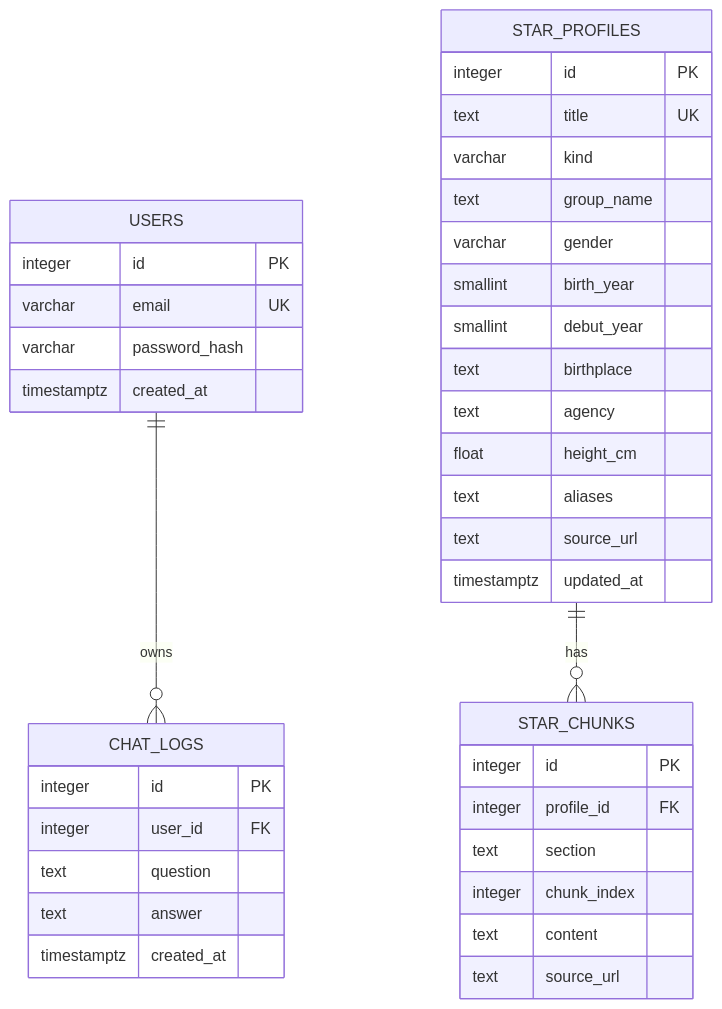
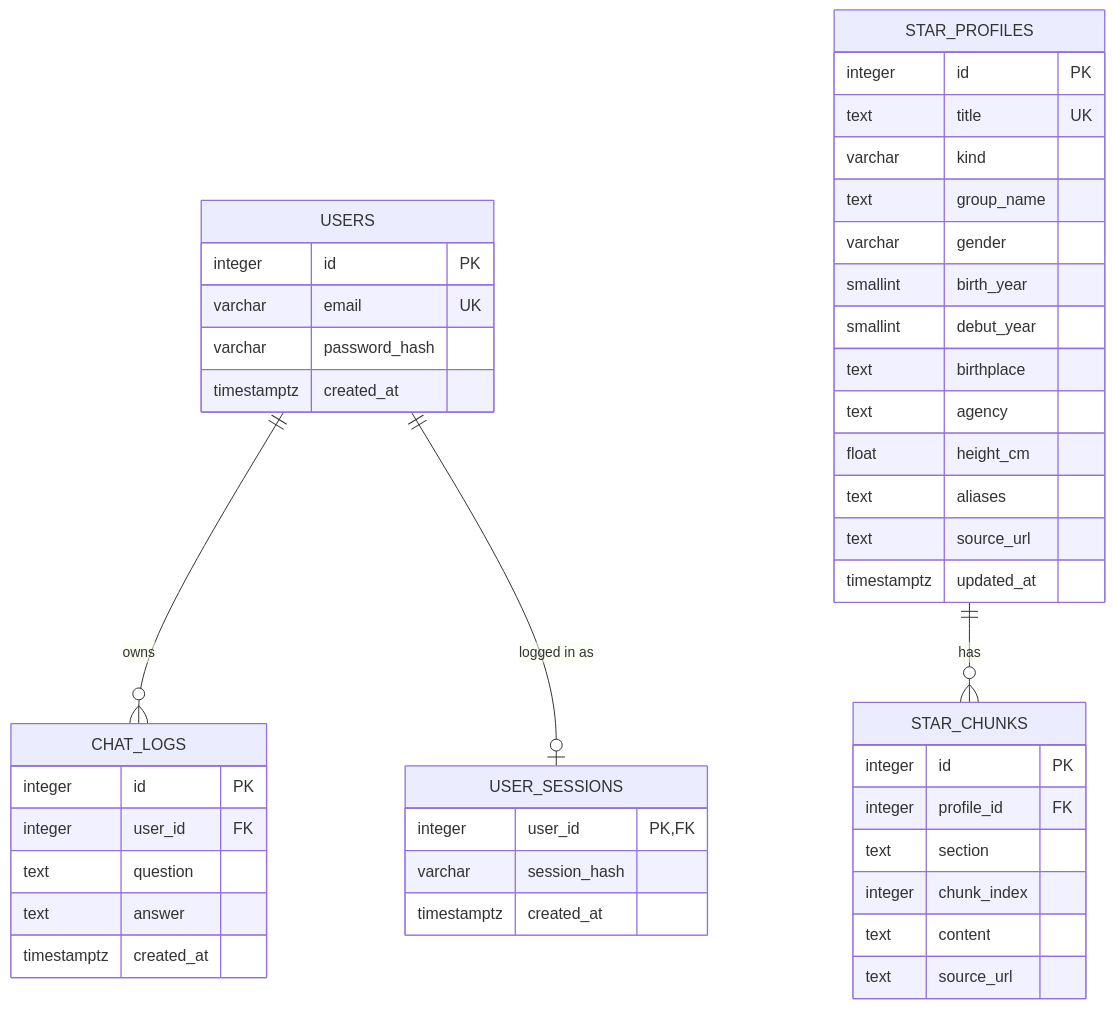
Before and after one commit to innurhap28/Next-Star-Hunter.bot: the diagram in docs/DATABASE.md, drawn with Mermaid. The commit also changed other lines of this file and 2 other files, not shown here.

Commit message:
docs: 계정당 세션 하나 규칙과 user_sessions 테이블 문서화

````diff
--- a/docs/DATABASE.md
+++ b/docs/DATABASE.md
@@ -15,41 +15,47 @@
 ```mermaid
 erDiagram
     USERS ||--o{ CHAT_LOGS : owns
+    USERS ||--o| USER_SESSIONS : "logged in as"
     USERS {
         integer id PK
         varchar email UK
         varchar password_hash
+        timestamptz created_at
+    }
+    USER_SESSIONS {
+        integer user_id PK, FK
+        varchar session_hash
         timestamptz created_at
     }
     CHAT_LOGS {
         integer id PK
         integer user_id FK
         text question
         text answer
         timestamptz created_at
     }
     STAR_PROFILES ||--o{ STAR_CHUNKS : has
     STAR_PROFILES {
         integer id PK
         text title UK
         varchar kind
         text group_name
         varchar gender
         smallint birth_year
         smallint debut_year
         text birthplace
         text agency
         float height_cm
         text aliases
         text source_url
         timestamptz updated_at
     }
     STAR_CHUNKS {
         integer id PK
         integer profile_id FK
         text section
         integer chunk_index
         text content
         text source_url
     }
 ```
````
